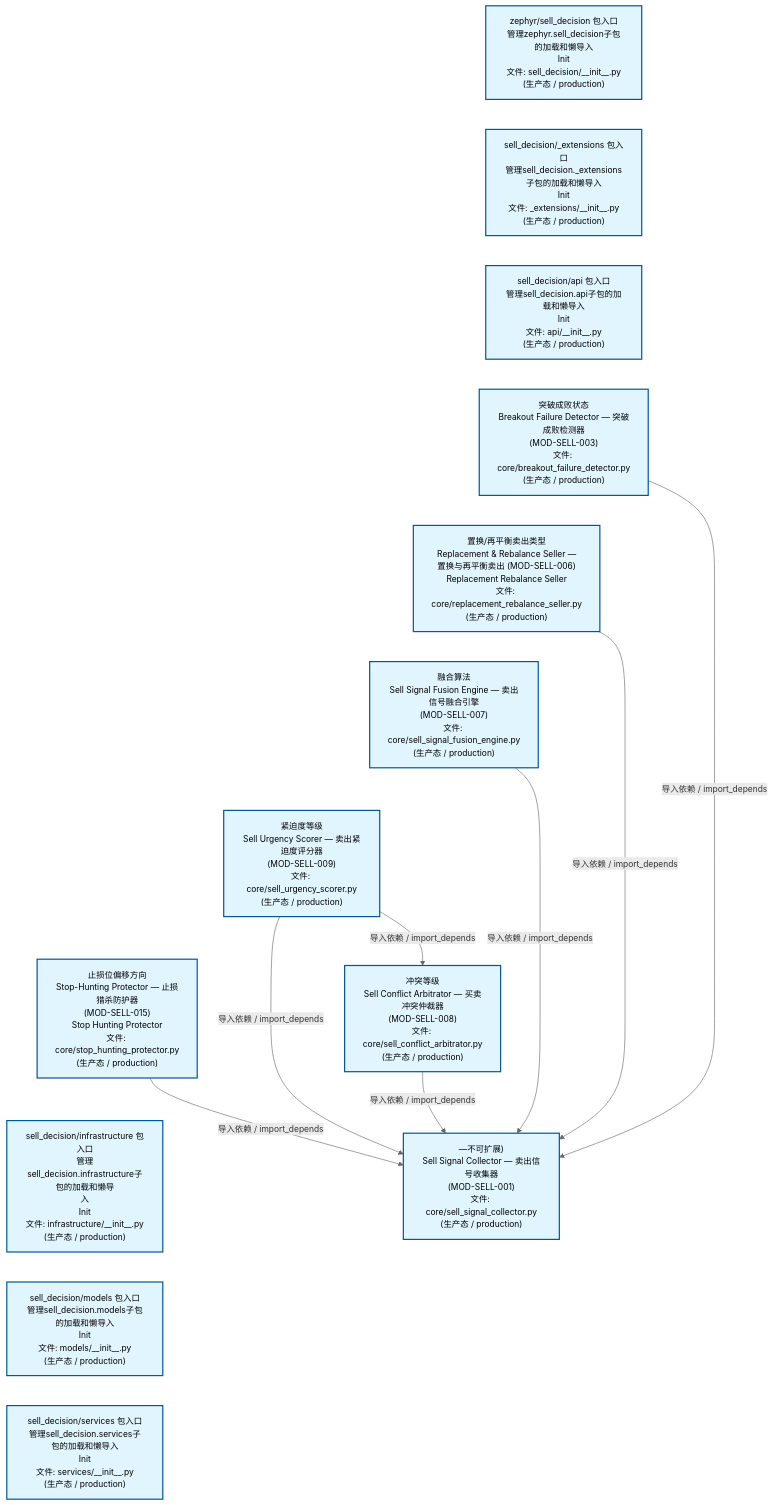
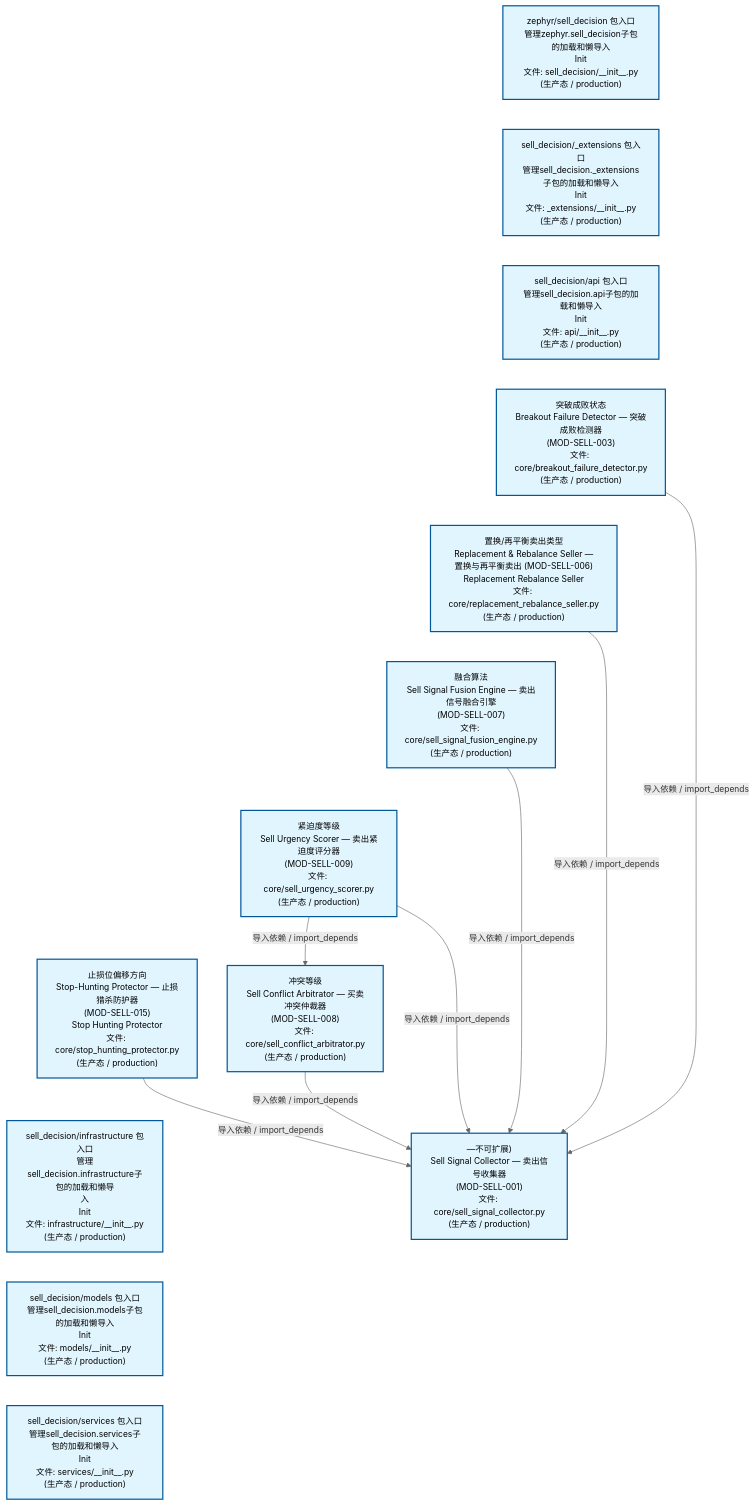
The second of 4 diagrams in docs/02_enterprise_architecture/02_domain_architecture_docs/67_d_sell_decision.md (xuanFelixVan/ZephyrAlpha), drawn with Mermaid before and after one commit. The commit also changed other lines of this file and 48 other files, not shown here.

````diff
--- a/docs/02_enterprise_architecture/02_domain_architecture_docs/67_d_sell_decision.md
+++ b/docs/02_enterprise_architecture/02_domain_architecture_docs/67_d_sell_decision.md
@@ -150,39 +150,39 @@
 ```mermaid
 %%{init: {'theme': 'base', 'themeVariables': {'primaryColor': '#eaeaea', 'primaryTextColor': '#333333', 'primaryBorderColor': '#666666', 'lineColor': '#666666', 'secondaryColor': '#eaeaea', 'tertiaryColor': '#eaeaea', 'fontSize': '14px'}}}%%
 flowchart TD
     src_zephyr_sell_decision_init_py["zephyr/sell_decision 包入口<br/>管理zephyr.sell_decision子包的加载和懒导入<br/>Init<br/>文件: sell_decision/__init__.py<br/>(生产态 / production)"]
     src_zephyr_sell_decision_extensions_init_py["sell_decision/_extensions 包入口<br/>管理sell_decision._extensions子包的加载和懒导入<br/>Init<br/>文件: _extensions/__init__.py<br/>(生产态 / production)"]
     src_zephyr_sell_decision_api_init_py["sell_decision/api 包入口<br/>管理sell_decision.api子包的加载和懒导入<br/>Init<br/>文件: api/__init__.py<br/>(生产态 / production)"]
     src_zephyr_sell_decision_core_breakout_failure_detector_py["突破成败状态<br/>Breakout Failure Detector — 突破成败检测器<br/>(MOD-SELL-003)<br/>文件: core/breakout_failure_detector.py<br/>(生产态 / production)"]
     src_zephyr_sell_decision_core_replacement_rebalance_seller_py["置换/再平衡卖出类型<br/>Replacement & Rebalance Seller —<br/>置换与再平衡卖出 (MOD-SELL-006)<br/>Replacement Rebalance Seller<br/>文件: core/replacement_rebalance_seller.py<br/>(生产态 / production)"]
     src_zephyr_sell_decision_core_sell_signal_fusion_engine_py["融合算法<br/>Sell Signal Fusion Engine — 卖出信号融合引擎<br/>(MOD-SELL-007)<br/>文件: core/sell_signal_fusion_engine.py<br/>(生产态 / production)"]
     src_zephyr_sell_decision_core_sell_urgency_scorer_py["紧迫度等级<br/>Sell Urgency Scorer — 卖出紧迫度评分器<br/>(MOD-SELL-009)<br/>文件: core/sell_urgency_scorer.py<br/>(生产态 / production)"]
     src_zephyr_sell_decision_core_stop_hunting_protector_py["止损位偏移方向<br/>Stop-Hunting Protector — 止损猎杀防护器<br/>(MOD-SELL-015)<br/>Stop Hunting Protector<br/>文件: core/stop_hunting_protector.py<br/>(生产态 / production)"]
     src_zephyr_sell_decision_infrastructure_init_py["sell_decision/infrastructure 包入口<br/>管理sell_decision.infrastructure子包的加载和懒导<br/>入<br/>Init<br/>文件: infrastructure/__init__.py<br/>(生产态 / production)"]
     src_zephyr_sell_decision_models_init_py["sell_decision/models 包入口<br/>管理sell_decision.models子包的加载和懒导入<br/>Init<br/>文件: models/__init__.py<br/>(生产态 / production)"]
     src_zephyr_sell_decision_services_init_py["sell_decision/services 包入口<br/>管理sell_decision.services子包的加载和懒导入<br/>Init<br/>文件: services/__init__.py<br/>(生产态 / production)"]
     src_zephyr_sell_decision_init_py ~~~ src_zephyr_sell_decision_extensions_init_py
     src_zephyr_sell_decision_extensions_init_py ~~~ src_zephyr_sell_decision_api_init_py
     src_zephyr_sell_decision_api_init_py ~~~ src_zephyr_sell_decision_core_breakout_failure_detector_py
     src_zephyr_sell_decision_core_breakout_failure_detector_py ~~~ src_zephyr_sell_decision_core_replacement_rebalance_seller_py
     src_zephyr_sell_decision_core_replacement_rebalance_seller_py ~~~ src_zephyr_sell_decision_core_sell_signal_fusion_engine_py
     src_zephyr_sell_decision_core_sell_signal_fusion_engine_py ~~~ src_zephyr_sell_decision_core_sell_urgency_scorer_py
     src_zephyr_sell_decision_core_sell_urgency_scorer_py ~~~ src_zephyr_sell_decision_core_stop_hunting_protector_py
     src_zephyr_sell_decision_core_stop_hunting_protector_py ~~~ src_zephyr_sell_decision_infrastructure_init_py
     src_zephyr_sell_decision_infrastructure_init_py ~~~ src_zephyr_sell_decision_models_init_py
     src_zephyr_sell_decision_models_init_py ~~~ src_zephyr_sell_decision_services_init_py
     src_zephyr_sell_decision_core_sell_conflict_arbitrator_py["冲突等级<br/>Sell Conflict Arbitrator — 买卖冲突仲裁器<br/>(MOD-SELL-008)<br/>文件: core/sell_conflict_arbitrator.py<br/>(生产态 / production)"]
     src_zephyr_sell_decision_core_sell_signal_collector_py["—不可扩展)<br/>Sell Signal Collector — 卖出信号收集器<br/>(MOD-SELL-001)<br/>文件: core/sell_signal_collector.py<br/>(生产态 / production)"]
     src_zephyr_sell_decision_core_breakout_failure_detector_py -->|导入依赖 / import_depends| src_zephyr_sell_decision_core_sell_signal_collector_py
     src_zephyr_sell_decision_core_replacement_rebalance_seller_py -->|导入依赖 / import_depends| src_zephyr_sell_decision_core_sell_signal_collector_py
+    src_zephyr_sell_decision_core_sell_conflict_arbitrator_py -->|导入依赖 / import_depends| src_zephyr_sell_decision_core_sell_signal_collector_py
     src_zephyr_sell_decision_core_sell_signal_fusion_engine_py -->|导入依赖 / import_depends| src_zephyr_sell_decision_core_sell_signal_collector_py
-    src_zephyr_sell_decision_core_sell_conflict_arbitrator_py -->|导入依赖 / import_depends| src_zephyr_sell_decision_core_sell_signal_collector_py
+    src_zephyr_sell_decision_core_sell_urgency_scorer_py -->|导入依赖 / import_depends| src_zephyr_sell_decision_core_sell_conflict_arbitrator_py
     src_zephyr_sell_decision_core_sell_urgency_scorer_py -->|导入依赖 / import_depends| src_zephyr_sell_decision_core_sell_signal_collector_py
-    src_zephyr_sell_decision_core_sell_urgency_scorer_py -->|导入依赖 / import_depends| src_zephyr_sell_decision_core_sell_conflict_arbitrator_py
     src_zephyr_sell_decision_core_stop_hunting_protector_py -->|导入依赖 / import_depends| src_zephyr_sell_decision_core_sell_signal_collector_py
     classDef production fill:#e1f5fe,stroke:#01579b,stroke-width:2px,color:#000
     classDef design fill:#fff3e0,stroke:#e65100,stroke-width:2px,color:#000,stroke-dasharray: 5 5
     classDef external_prod fill:#e8f4fd,stroke:#0277bd,stroke-width:1px,color:#000
     classDef external_design fill:#fff8e7,stroke:#ef6c00,stroke-width:1px,color:#000,stroke-dasharray: 5 5
     class src_zephyr_sell_decision_init_py,src_zephyr_sell_decision_extensions_init_py,src_zephyr_sell_decision_api_init_py,src_zephyr_sell_decision_core_breakout_failure_detector_py,src_zephyr_sell_decision_core_replacement_rebalance_seller_py,src_zephyr_sell_decision_core_sell_conflict_arbitrator_py,src_zephyr_sell_decision_core_sell_signal_collector_py,src_zephyr_sell_decision_core_sell_signal_fusion_engine_py,src_zephyr_sell_decision_core_sell_urgency_scorer_py,src_zephyr_sell_decision_core_stop_hunting_protector_py,src_zephyr_sell_decision_infrastructure_init_py,src_zephyr_sell_decision_models_init_py,src_zephyr_sell_decision_services_init_py production
 ```
````
